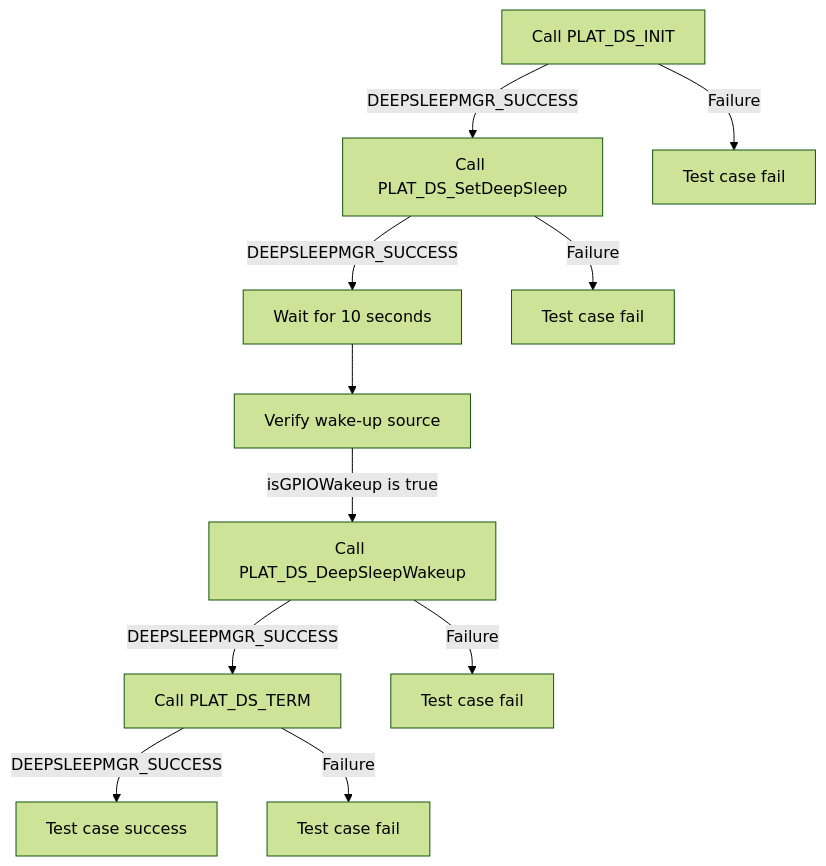
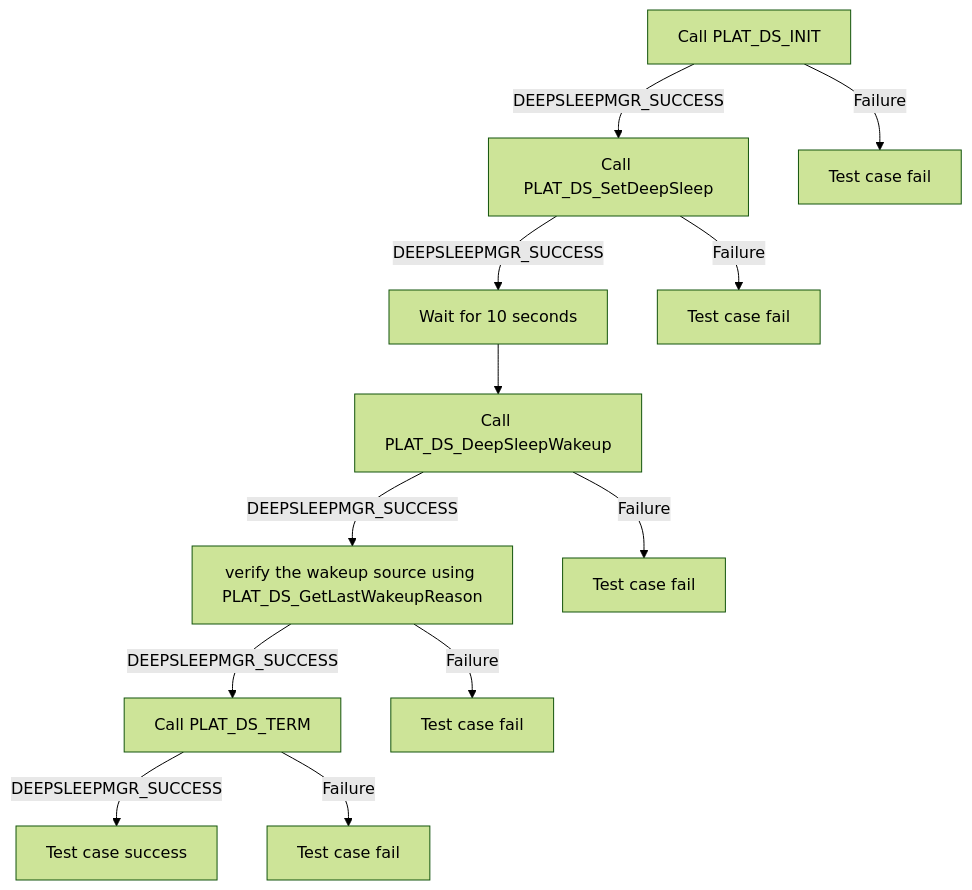
Before and after one commit to rdkcentral/rdk-halif-test-deepsleep_manager: the second of 2 diagrams in docs/pages/deepSleepMgr_L2_Low-Level_TestSpecification.md, drawn with Mermaid (forest theme). The commit also changed other lines of this file, not shown here.

Commit message:
gh #3 Updated Low level spec to verify using WakeupReason.

````diff
--- a/docs/pages/deepSleepMgr_L2_Low-Level_TestSpecification.md
+++ b/docs/pages/deepSleepMgr_L2_Low-Level_TestSpecification.md
@@ -111,13 +111,14 @@
 ```mermaid
 graph TB
 A[Call PLAT_DS_INIT] -->|DEEPSLEEPMGR_SUCCESS| B[Call PLAT_DS_SetDeepSleep]
 A -->|Failure| A1[Test case fail]
 B -->|DEEPSLEEPMGR_SUCCESS| C[Wait for 10 seconds]
 B -->|Failure| B1[Test case fail]
-C --> D[Verify wake-up source]
-D -->|isGPIOWakeup is true| E[Call PLAT_DS_DeepSleepWakeup]
+C --> D[Call PLAT_DS_DeepSleepWakeup]
+D --> |DEEPSLEEPMGR_SUCCESS| E[verify the wakeup source using PLAT_DS_GetLastWakeupReason]
+D --> |Failure| D1[Test case fail]
 E -->|DEEPSLEEPMGR_SUCCESS| F[Call PLAT_DS_TERM]
 E -->|Failure| E1[Test case fail]
 F -->|DEEPSLEEPMGR_SUCCESS| G[Test case success]
 F -->|Failure| F1[Test case fail]
 ```
````
